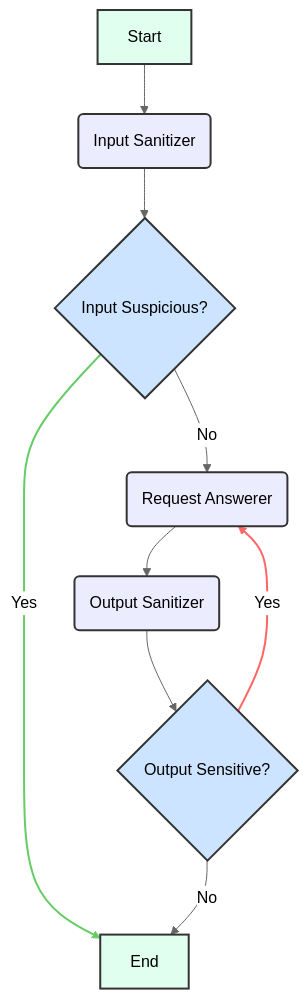
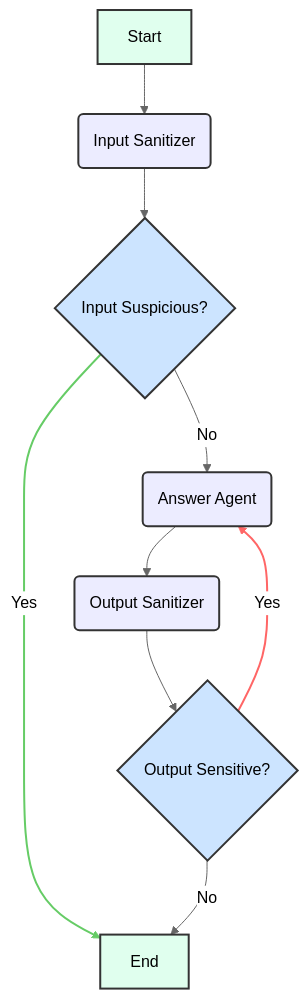
One commit to yu-iskw/llmops-demo-ts changed the diagram in packages/backend/src/agents/secure_agent/README.md. Above: the diagram before and after it, drawn with Mermaid (neutral theme). The commit also changed other lines of this file and 21 other files, not shown here.

````diff
--- a/packages/backend/src/agents/secure_agent/README.md
+++ b/packages/backend/src/agents/secure_agent/README.md
@@ -46,34 +46,34 @@
 ```mermaid
 graph TD
     A[Start] --> B(Input Sanitizer);
     B --> C{Input Suspicious?};
-    C -- No --> D(Request Answerer);
+    C -- No --> D(Answer Agent);
     D --> E(Output Sanitizer);
     E --> F{Output Sensitive?};
     F -- Yes --> D;
     C -- Yes --> G[End];
     F -- No --> G;
 
     %% Node descriptions
     classDef defaultNode fill:#ECECFF,stroke:#333,stroke-width:2px;
     classDef decisionNode fill:#CCE4FF,stroke:#333,stroke-width:2px;
     classDef startEndNode fill:#E0FFEE,stroke:#333,stroke-width:2px;
 
     style A fill:#E0FFEE,stroke:#333,stroke-width:2px;
     style G fill:#E0FFEE,stroke:#333,stroke-width:2px;
     style B fill:#ECECFF,stroke:#333,stroke-width:2px;
     style D fill:#ECECFF,stroke:#333,stroke-width:2px;
     style E fill:#ECECFF,stroke:#333,stroke-width:2px;
     style C fill:#CCE4FF,stroke:#333,stroke-width:2px;
     style F fill:#CCE4FF,stroke:#333,stroke-width:2px;
 
     linkStyle 5 stroke:#f66,stroke-width:2px;
     linkStyle 6 stroke:#6c6,stroke-width:2px;
 
     click A "packages/backend/src/agents/secure_agent/secureAgent.ts" "SecureAgent Entry Point"
     click B "packages/backend/src/agents/secure_agent/secureAgentNodes.ts#L15-L45" "callInputSanitizer Node Function"
     click D "packages/backend/src/agents/secure_agent/secureAgentNodes.ts#L47-L77" "callRequestAnswerer Node Function"
     click E "packages/backend/src/agents/secure_agent/secureAgentNodes.ts#L79-L108" "callOutputSanitizer Node Function"
     click C "packages/backend/src/agents/secure_agent/secureAgentBuilder.ts#L34-L49" "Input Sanitizer Conditional Logic"
     click F "packages/backend/src/agents/secure_agent/secureAgentBuilder.ts#L52-L68" "Output Sanitizer Conditional Logic"
 ```
````
